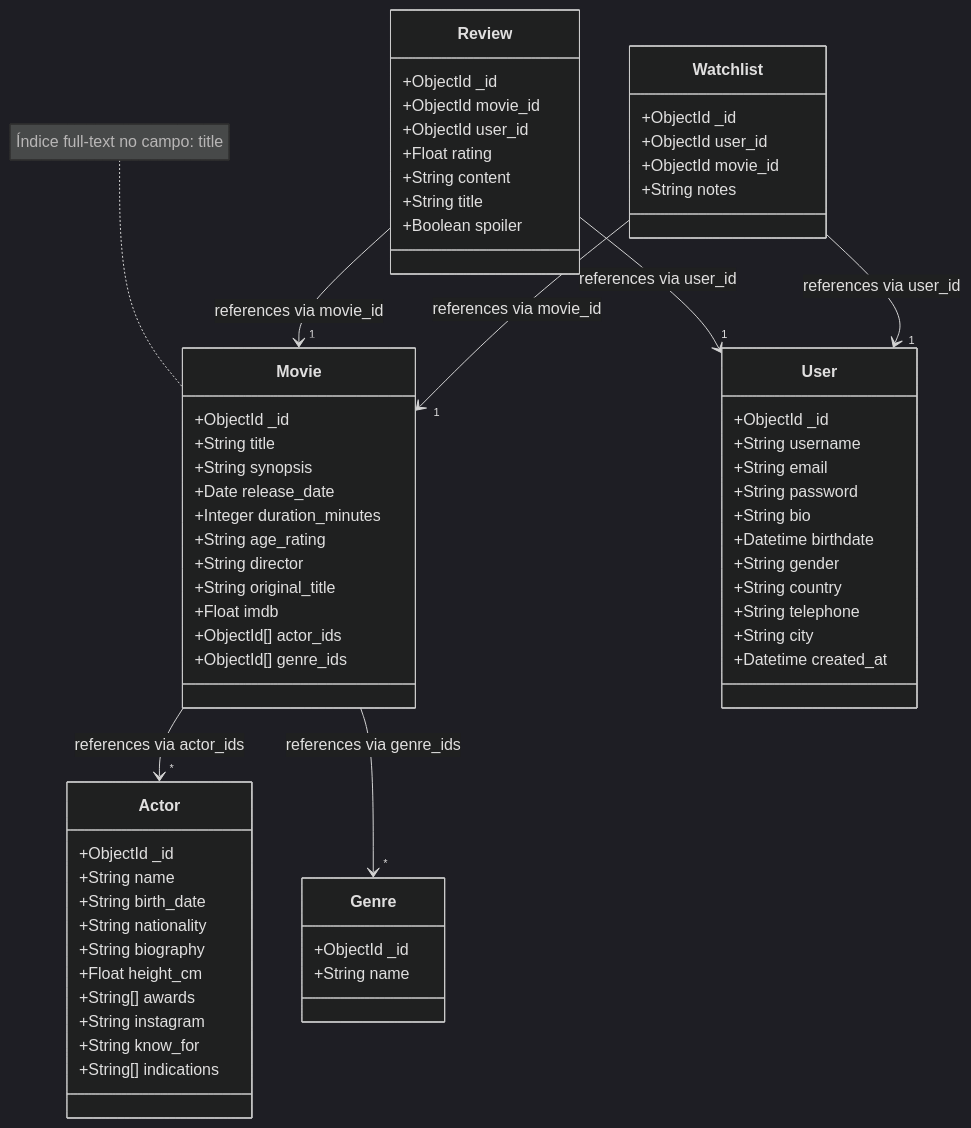
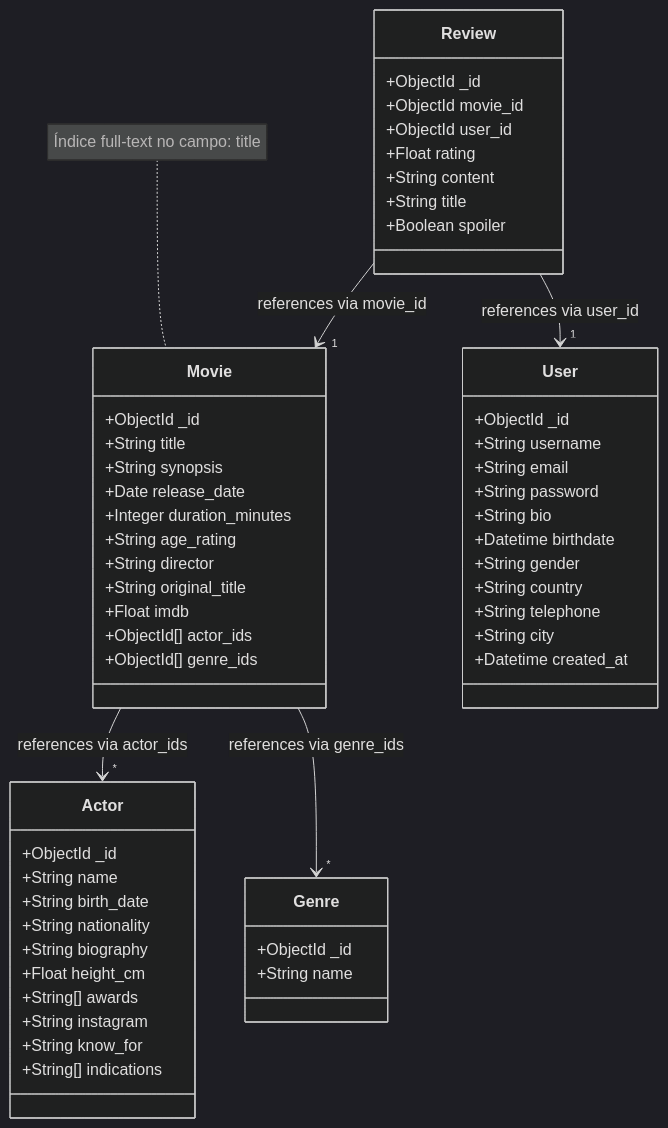
Before and after one commit to paulohenrique04/trabalho-iii-persistencia-2025.2: the diagram in README.md, drawn with Mermaid (dark theme). The commit also changed 2 other files, not shown here.

Commit message:
Alterações finais

````diff
--- a/README.md
+++ b/README.md
@@ -3,74 +3,65 @@
 ```mermaid
 classDiagram
     class Movie {
         +ObjectId _id
         +String title
         +String synopsis
         +Date release_date
         +Integer duration_minutes
         +String age_rating
         +String director
         +String original_title
         +Float imdb
         +ObjectId[] actor_ids
         +ObjectId[] genre_ids
     }
 
     class Actor {
         +ObjectId _id
         +String name
         +String birth_date
         +String nationality
         +String biography
         +Float height_cm
         +String[] awards
         +String instagram
         +String know_for
         +String[] indications
     }
 
     class Genre {
         +ObjectId _id
         +String name
     }
 
     class User {
         +ObjectId _id
         +String username
         +String email
         +String password
         +String bio
         +Datetime birthdate
         +String gender
         +String country
         +String telephone
         +String city
         +Datetime created_at
     }
 
     class Review {
         +ObjectId _id
         +ObjectId movie_id
         +ObjectId user_id
         +Float rating
         +String content
         +String title
         +Boolean spoiler
     }
 
-    class Watchlist {
-        +ObjectId _id
-        +ObjectId user_id
-        +ObjectId movie_id
-        +String notes
-    }
-
     Movie --> "*" Actor : references via actor_ids
     Movie --> "*" Genre : references via genre_ids
     Review --> "1" Movie : references via movie_id
     Review --> "1" User : references via user_id
-    Watchlist --> "1" Movie : references via movie_id
-    Watchlist --> "1" User : references via user_id
     
     note for Movie "Índice full-text no campo: title"
 ```
````
